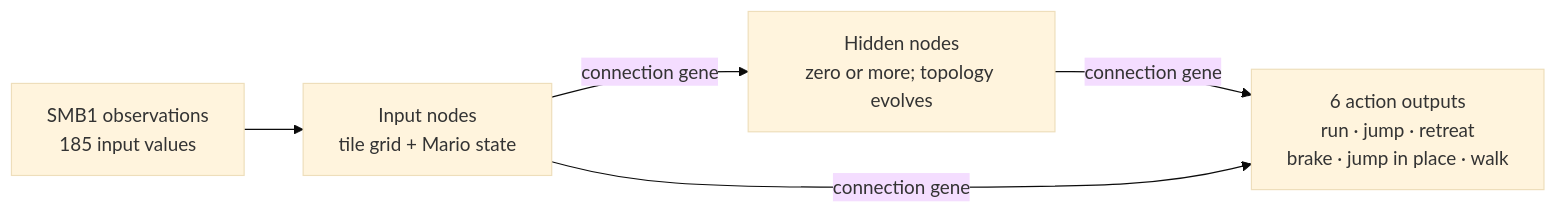
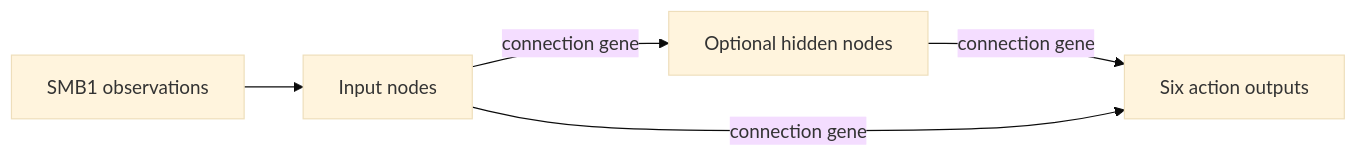
One commit to heaven-hm/mario-ai-neat changed the third of 5 diagrams in README.md. Above: the diagram before and after it, drawn with Mermaid (base theme). The commit also changed other lines of this file and 1 other file, not shown here.

````diff
--- a/README.md
+++ b/README.md
@@ -101,7 +106,7 @@
 ```mermaid
 flowchart LR
-    Obs["SMB1 observations<br/>185 input values"] --> Inputs["Input nodes<br/>tile grid + Mario state"]
-    Inputs -->|"connection gene"| Hidden["Hidden nodes<br/>zero or more; topology evolves"]
-    Hidden -->|"connection gene"| Actions["6 action outputs<br/>run · jump · retreat<br/>brake · jump in place · walk"]
-    Inputs -->|"connection gene"| Actions
+    Observations["SMB1 observations"] --> InputNodes["Input nodes"]
+    InputNodes -->|"connection gene"| HiddenNodes["Optional hidden nodes"]
+    HiddenNodes -->|"connection gene"| ActionNodes["Six action outputs"]
+    InputNodes -->|"connection gene"| ActionNodes
 ```
````
